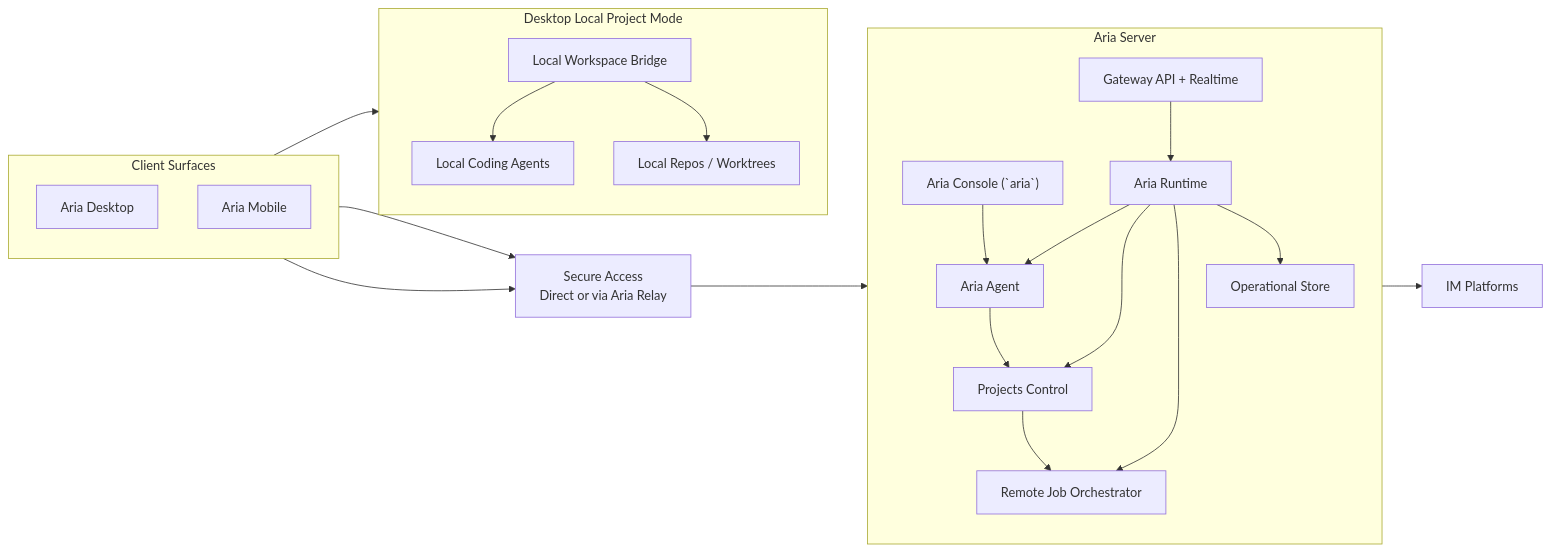
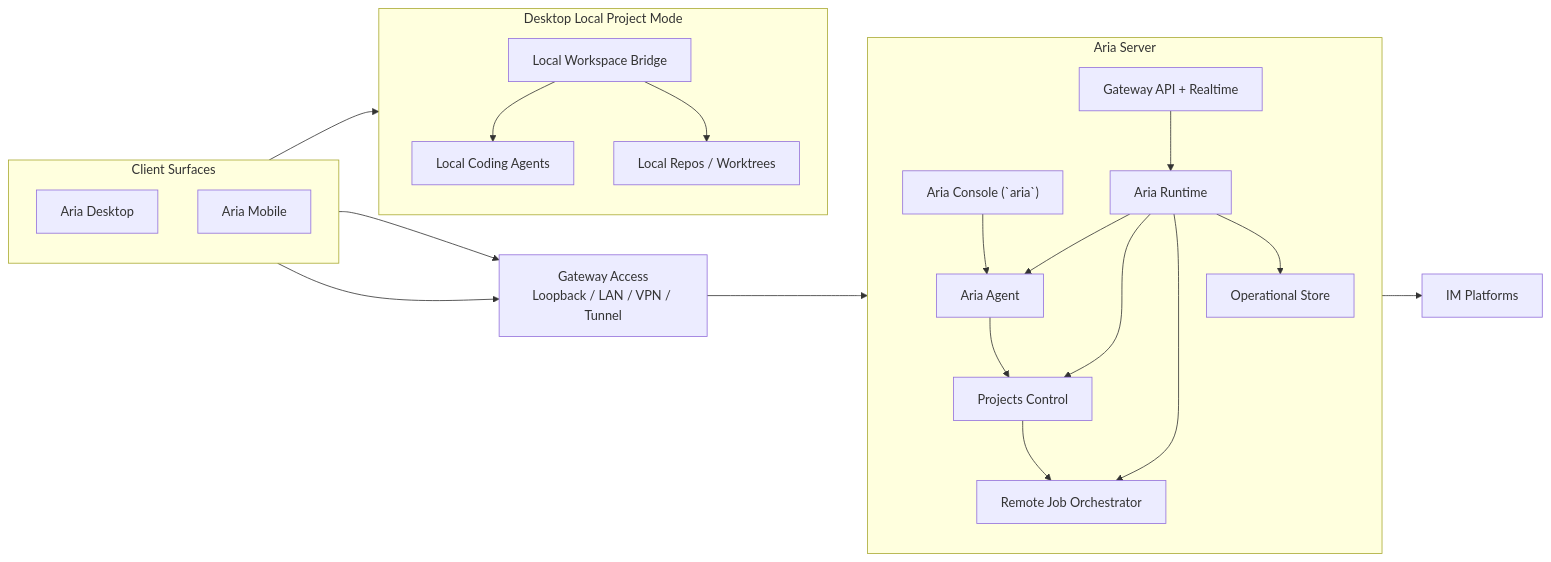
The diagram in packages/runtime/src/skills/bundled/aria/docs/architecture/overview.md (sichengchen/esperta-aria), drawn with Mermaid before and after one commit. The commit also changed other lines of this file and 90 other files, not shown here.

Commit message:
refactor: replace relay surface with gateway access

````diff
--- a/packages/runtime/src/skills/bundled/aria/docs/architecture/overview.md
+++ b/packages/runtime/src/skills/bundled/aria/docs/architecture/overview.md
@@ -34,48 +33,48 @@
 ```mermaid
 flowchart LR
     subgraph Clients["Client Surfaces"]
         direction TB
         Desktop["Aria Desktop"]
         Mobile["Aria Mobile"]
     end
 
-    Access["Secure Access<br/>Direct or via Aria Relay"]
+    Access["Gateway Access<br/>Loopback / LAN / VPN / Tunnel"]
 
     subgraph Server["Aria Server"]
         direction TB
         Console["Aria Console (`aria`)"]
         Gateway["Gateway API + Realtime"]
         Runtime["Aria Runtime"]
         Agent["Aria Agent"]
         Projects["Projects Control"]
         Jobs["Remote Job Orchestrator"]
         Store["Operational Store"]
 
         Console --> Agent
         Gateway --> Runtime
         Runtime --> Agent
         Runtime --> Projects
         Runtime --> Jobs
         Runtime --> Store
         Agent --> Projects
         Projects --> Jobs
     end
 
     subgraph DesktopLocal["Desktop Local Project Mode"]
         direction TB
         Bridge["Local Workspace Bridge"]
         LocalAgents["Local Coding Agents"]
         LocalRepos["Local Repos / Worktrees"]
 
         Bridge --> LocalAgents
         Bridge --> LocalRepos
     end
 
     IM["IM Platforms"]
 
     Desktop --> Bridge
     Desktop --> Access
     Mobile --> Access
     Access --> Gateway
     Agent --> IM
 ```
````
